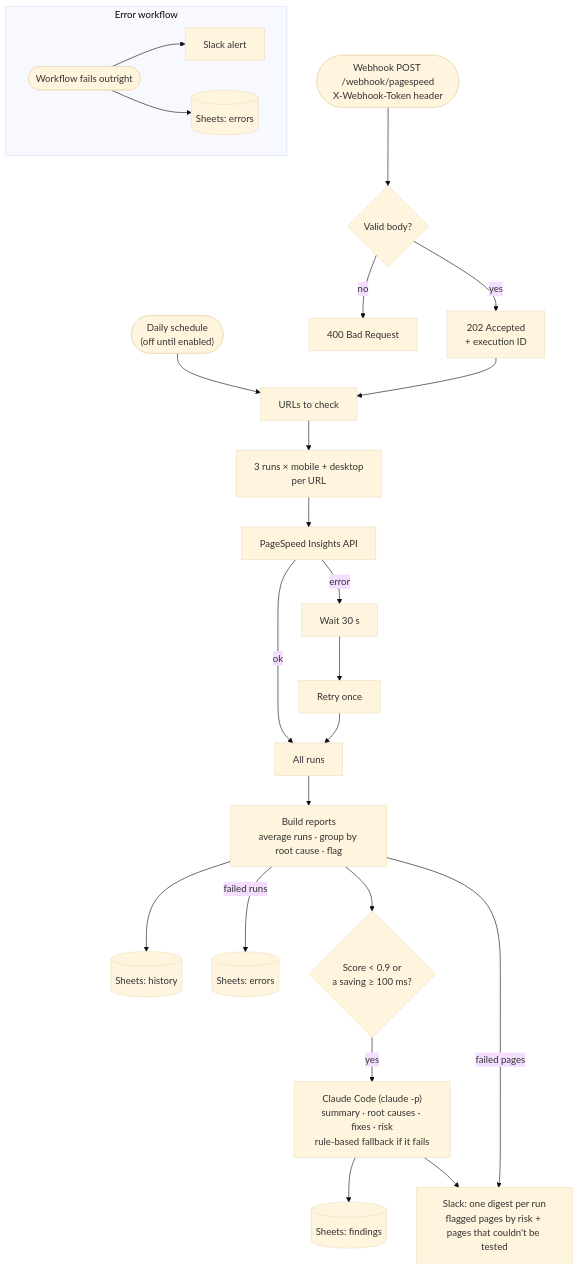
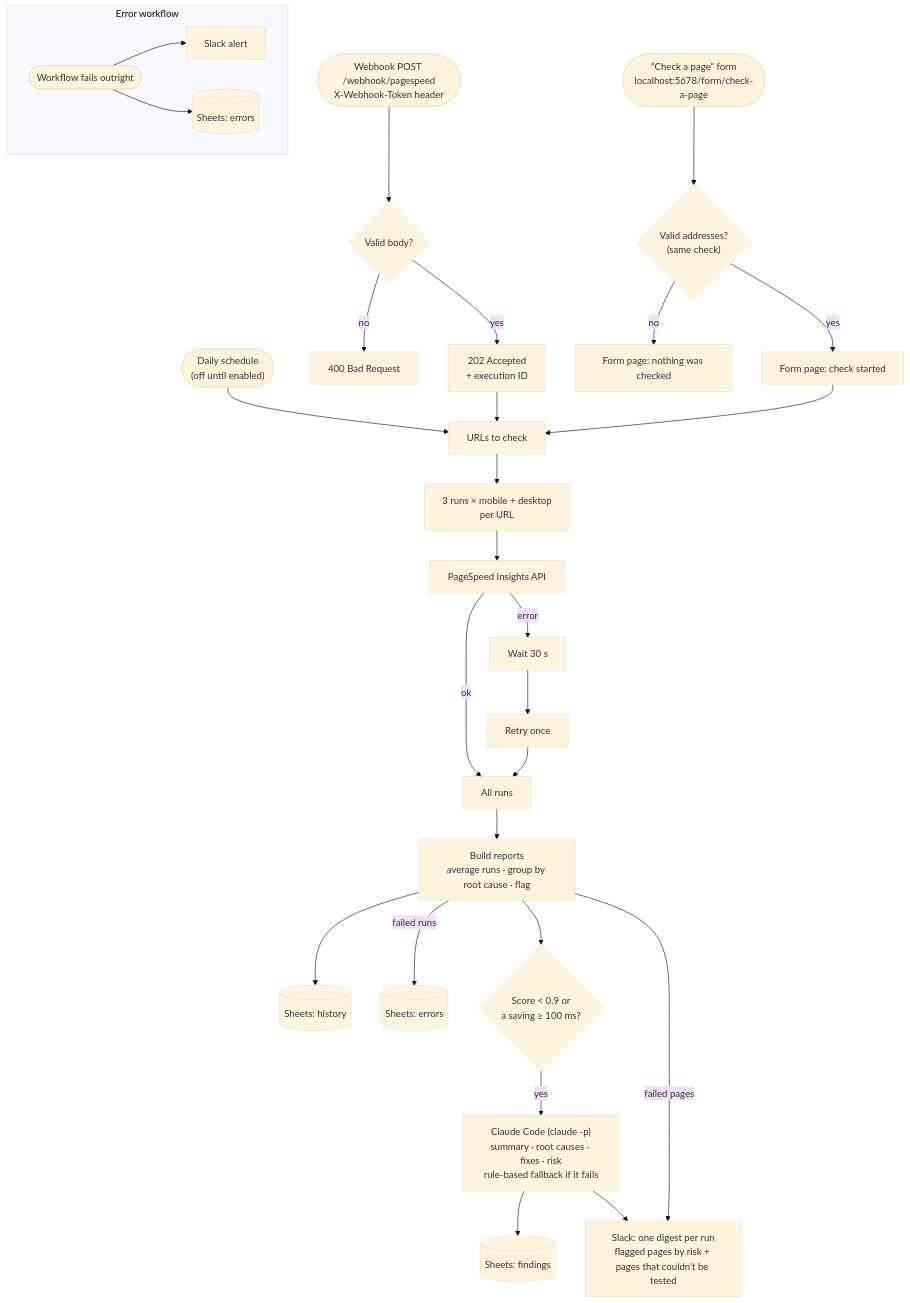
Before and after one commit to dexterloor/pagespeed-monitor: the diagram in README.md, drawn with Mermaid (base theme). The commit also changed other lines of this file and 7 other files, not shown here.

First line of the commit message:
Add a "Check a page" form trigger for non-technical staff

````diff
--- a/README.md
+++ b/README.md
@@ -20,26 +20,30 @@
 ```mermaid
 flowchart TD
     sched(["Daily schedule<br/>(off until enabled)"]) --> urls
     hook(["Webhook POST /webhook/pagespeed<br/>X-Webhook-Token header"]) --> check{"Valid body?"}
     check -- no --> r400["400 Bad Request"]
     check -- yes --> r202["202 Accepted<br/>+ execution ID"]
     r202 --> urls["URLs to check"]
+    form(["“Check a page” form<br/>localhost:5678/form/check-a-page"]) --> fcheck{"Valid addresses?<br/>(same check)"}
+    fcheck -- no --> fno["Form page: nothing was checked"]
+    fcheck -- yes --> fok["Form page: check started"]
+    fok --> urls
     urls --> fan["3 runs × mobile + desktop<br/>per URL"]
     fan --> psi["PageSpeed Insights API"]
     psi -- error --> wait["Wait 30 s"] --> retry["Retry once"]
     psi -- ok --> runs["All runs"]
     retry --> runs
     runs --> build["Build reports<br/>average runs · group by root cause · flag"]
     build --> hist[("Sheets: history")]
     build -- failed runs --> errs[("Sheets: errors")]
     build --> flag{"Score &lt; 0.9 or<br/>a saving ≥ 100 ms?"}
     flag -- yes --> claude["Claude Code (claude -p)<br/>summary · root causes · fixes · risk<br/>rule-based fallback if it fails"]
     claude --> find[("Sheets: findings")]
     claude --> digest["Slack: one digest per run<br/>flagged pages by risk + pages that couldn't be tested"]
     build -- failed pages --> digest
 
     subgraph errwf ["Error workflow"]
         fail(["Workflow fails outright"]) --> ealert["Slack alert"]
         fail --> erow[("Sheets: errors")]
     end
 ```
````
